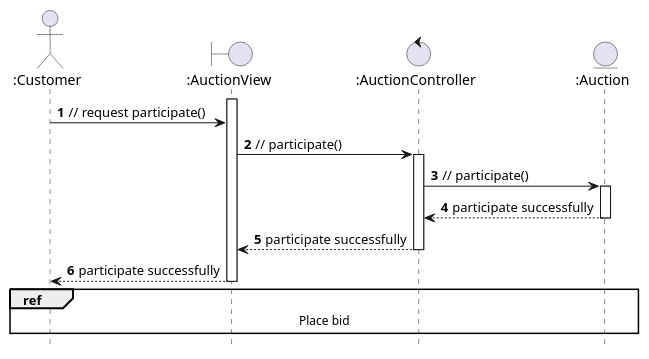
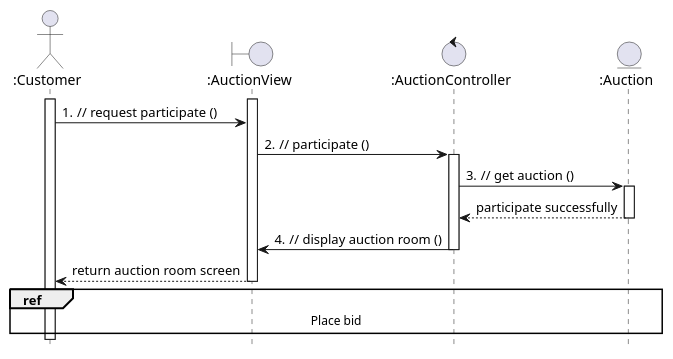
One commit to anhbanlinhle/velocity-exchange changed the diagram in uml/analysis/sequence/participate-in-auction.pu. Above: the diagram before and after it, drawn with PlantUML. The commit also changed 13 other files, not shown here.

Commit message:
doc: update sequence and class analysis diagram new format

```diff
--- a/uml/analysis/sequence/participate-in-auction.pu
+++ b/uml/analysis/sequence/participate-in-auction.pu
@@ -1,25 +1,30 @@
 @startuml participate_in_auction
 hide footbox
 
 actor ":Customer" as customer
 boundary ":AuctionView" as view
 control ":AuctionController" as controller
 entity ":Auction" as auction
 
-autonumber
+autonumber 1 1 "0."
 
 activate view
-customer -> view: // request participate()
-view -> controller++: // participate()
-controller -> auction++: // participate()
+
+customer ++
+customer -> view: // request participate ()
+view -> controller++: // participate ()
+controller -> auction++: // get auction ()
+autonumber stop
 auction --> controller--: participate successfully
-controller --> view--: participate successfully
-view --> customer: participate successfully
+autonumber resume
+controller -> view--: // display auction room ()
+autonumber stop
+view --> customer: return auction room screen
 
 deactivate view
 
 ref over customer, view, controller, auction
   Place bid
 end ref
 
 @enduml
```
